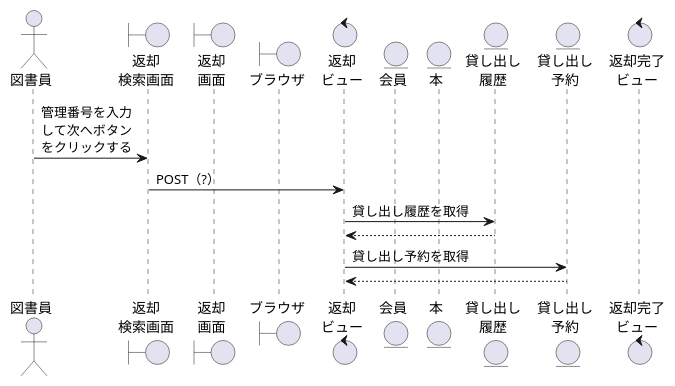
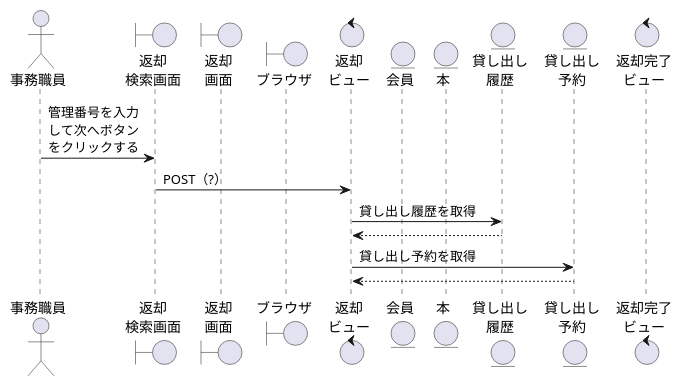
The diagram in 効果測定/返却.wsd (ysyk-wtnb16/team_D), drawn with PlantUML before and after one commit. The commit also changed 2 other files, not shown here.

```diff
--- a/効果測定/返却.wsd
+++ b/効果測定/返却.wsd
@@ -1,22 +1,22 @@
 @startuml Return
 
-actor "図書員" as librarian
+actor "事務職員" as staff
 boundary "返却\n検索画面" as RetSs
 boundary "返却\n画面" as Rets
 boundary "ブラウザ" as brz
 control "返却\nビュー" as Retv
 entity "会員" as member
 entity "本" as book
 entity "貸し出し\n履歴" as RenH
 entity "貸し出し\n予約" as RenR
 control "返却完了\nビュー" as RetCv
 
 
-librarian -> RetSs: 管理番号を入力\nして次へボタン\nをクリックする
+staff -> RetSs: 管理番号を入力\nして次へボタン\nをクリックする
 RetSs -> Retv: POST（?）
 Retv -> RenH: 貸し出し履歴を取得
 Retv <-- RenH
 Retv -> RenR: 貸し出し予約を取得
 Retv <-- RenR
 
 @enduml
```
